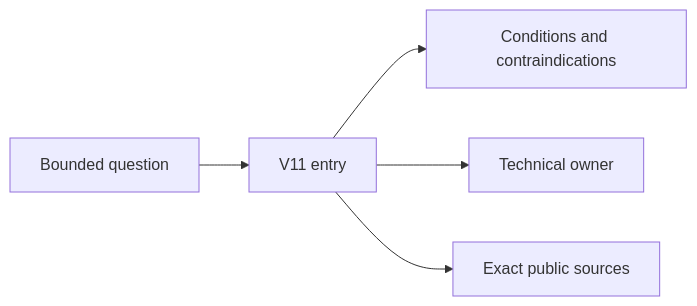
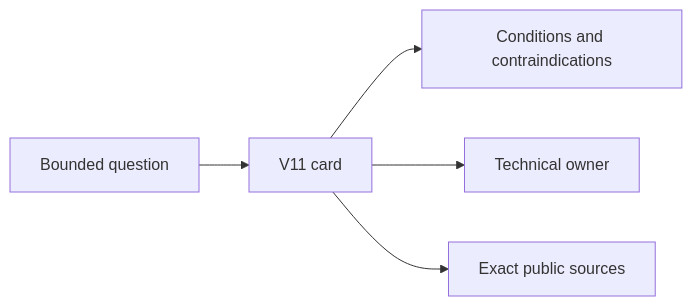
Before and after one commit to rouslanbaranov/tycho: the diagram in book/volumes/v11-pattern-atlas/README.md, drawn with Mermaid. The commit also changed other lines of this file and 38 other files, not shown here.

````diff
--- a/book/volumes/v11-pattern-atlas/README.md
+++ b/book/volumes/v11-pattern-atlas/README.md
@@ -82,7 +86,7 @@
 ```mermaid
 flowchart LR
-    Q["Bounded question"] --> A["V11 entry"]
+    Q["Bounded question"] --> A["V11 card"]
     A --> C["Conditions and contraindications"]
     A --> T["Technical owner"]
     A --> S["Exact public sources"]
 ```
````
